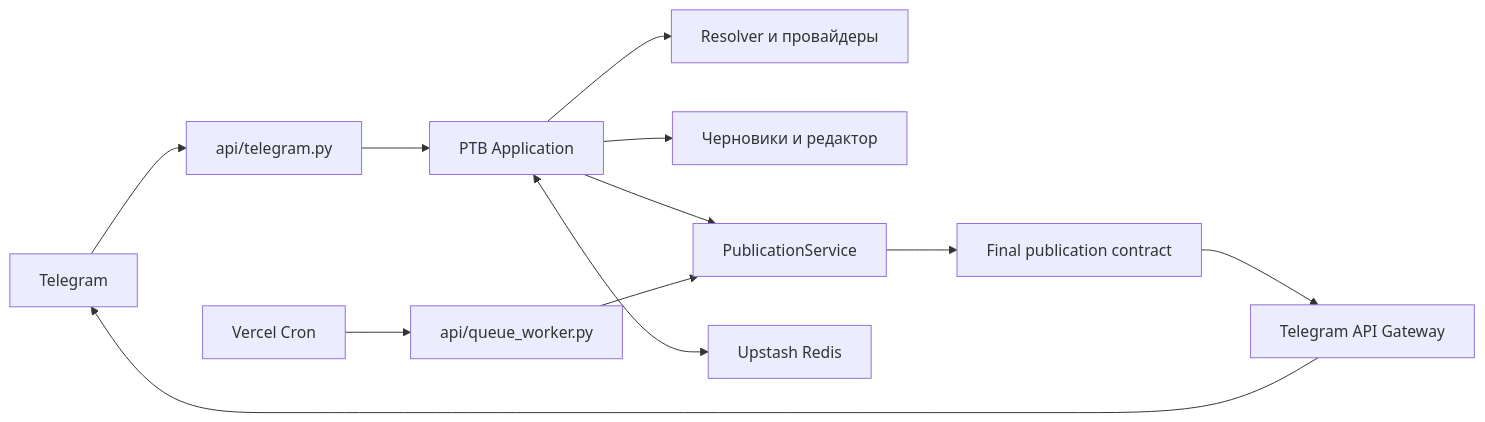
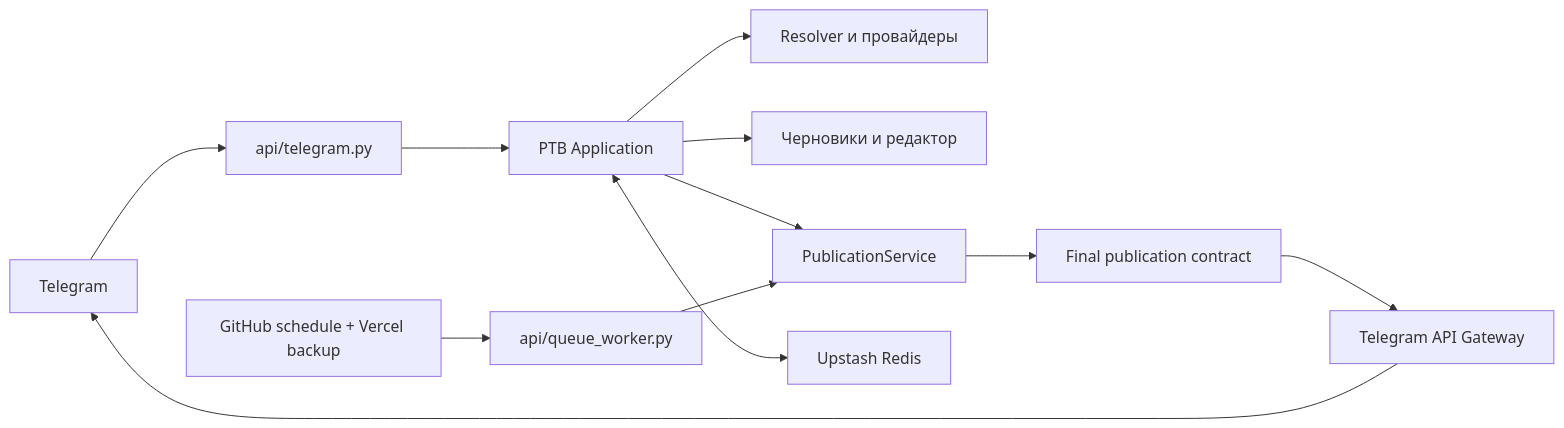
Before and after one commit to StonerHand/stonerhand-soundlinks-bot: the diagram in ARCHITECTURE.ru.md, drawn with Mermaid. The commit also changed other lines of this file and 56 other files, not shown here.

````diff
--- a/ARCHITECTURE.ru.md
+++ b/ARCHITECTURE.ru.md
@@ -10,14 +10,14 @@
 ```mermaid
 flowchart LR
     TG["Telegram"] --> WH["api/telegram.py"]
     WH --> BOT["PTB Application"]
     BOT --> RESOLVE["Resolver и провайдеры"]
     BOT --> EDIT["Черновики и редактор"]
     BOT --> PUB["PublicationService"]
     PUB --> CONTRACT["Final publication contract"]
     CONTRACT --> GW["Telegram API Gateway"]
     GW --> TG
-    CRON["Vercel Cron"] --> WORKER["api/queue_worker.py"]
+    CRON["GitHub schedule + Vercel backup"] --> WORKER["api/queue_worker.py"]
     WORKER --> PUB
     BOT <--> REDIS["Upstash Redis"]
 ```
````
